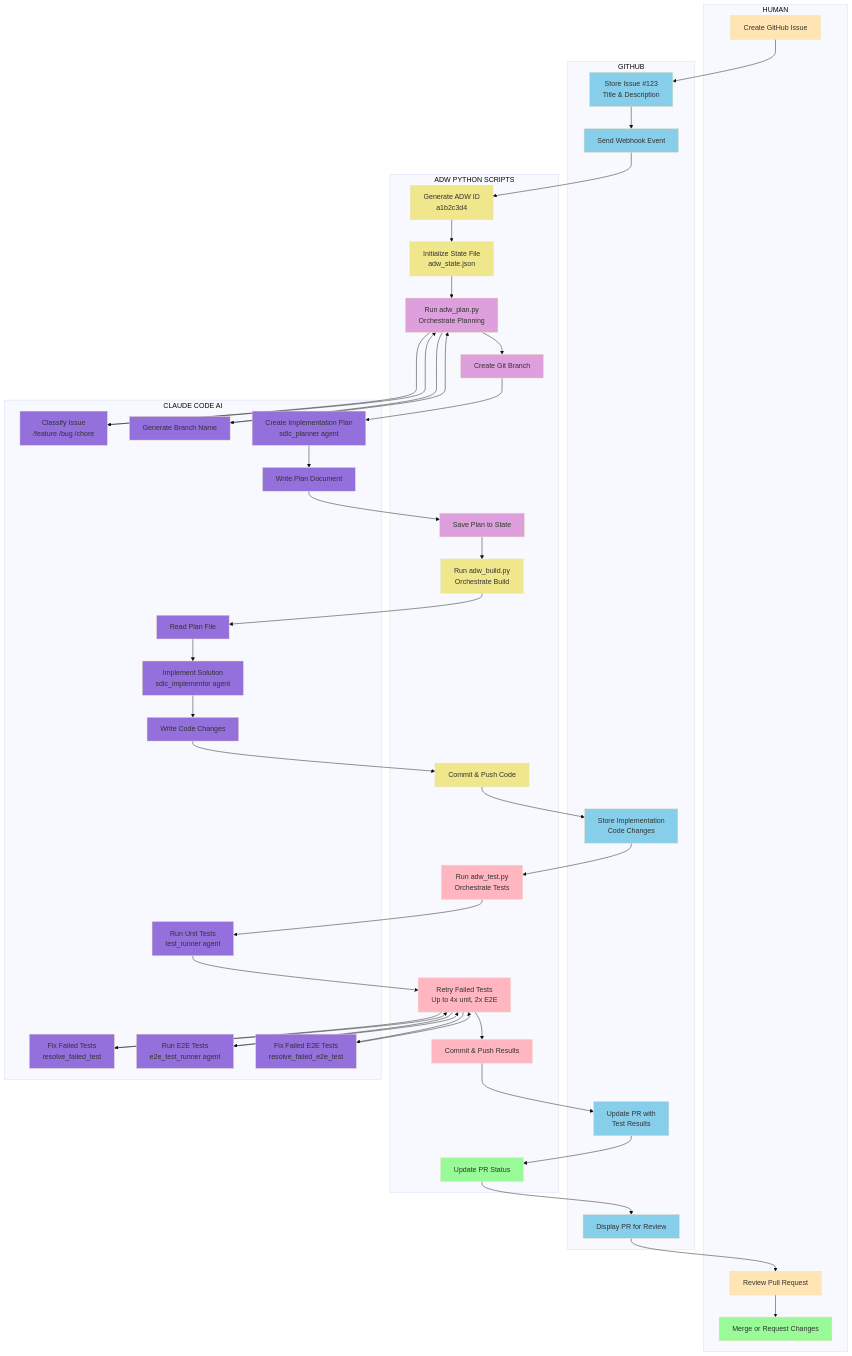
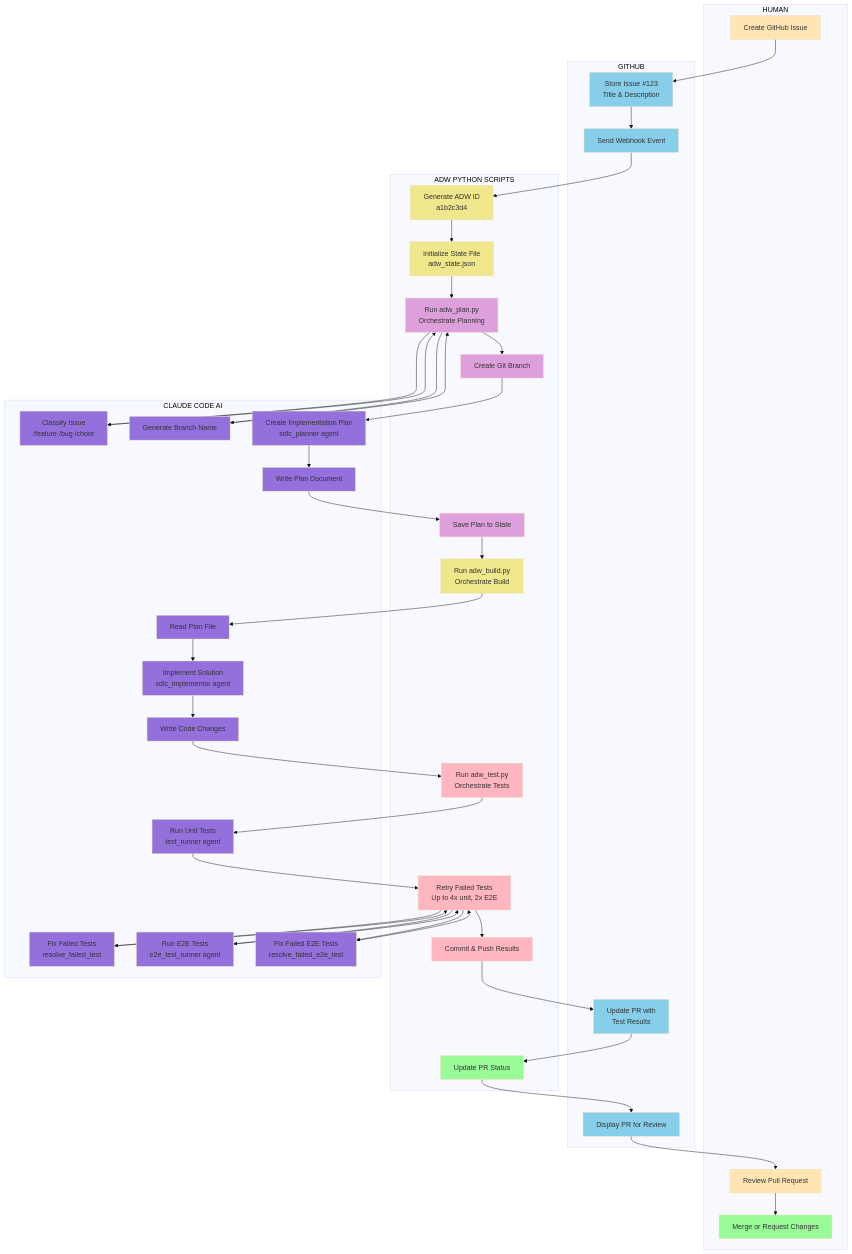
Before and after one commit to srirama7/tac-6: the first of 4 diagrams in adws/ADW_SIMPLE_FLOWCHART.md, drawn with Mermaid. The commit also changed 1 other file, not shown here.

Commit message:
docs: remove push code and store code implementation boxes
- Remove 'Push Code to Remote' box (GT6/A9) from both flowcharts
- Remove 'Store Code Implementation' box (G7) from both flowcharts
- Update connections to flow directly from Commit Code to Test phase
- Remove styling references for removed boxes

This streamlines the build phase by consolidating code commit/push
and GitHub storage into implicit operations within the build workflow.

🤖 Generated with [Claude Code](https://claude.com/claude-code)

```diff
--- a/adws/ADW_SIMPLE_FLOWCHART.md
+++ b/adws/ADW_SIMPLE_FLOWCHART.md
@@ -19,7 +19,6 @@
     subgraph GitHub[" GITHUB "]
         G1[Store Issue #123<br/>Title & Description]
         G2[Send Webhook Event]
-        G7[Store Implementation<br/>Code Changes]
         G8[Update PR with<br/>Test Results]
         G9[Display PR for Review]
     end
@@ -31,7 +30,6 @@
         A4[Create Git Branch]
         A5[Save Plan to State]
         A7[Run adw_build.py<br/>Orchestrate Build]
-        A9[Commit & Push Code]
         A10[Run adw_test.py<br/>Orchestrate Tests]
         A12[Retry Failed Tests<br/>Up to 4x unit, 2x E2E]
         A13[Commit & Push Results]
@@ -74,11 +72,9 @@
     A7 --> C5
     C5 --> C6
     C6 --> C7
-    C7 --> A9
-    A9 --> G7
+    C7 --> A10
 
     %% Phase 3: Testing
-    G7 --> A10
     A10 --> C8
     C8 --> A12
     A12 --> C9
@@ -102,7 +98,6 @@
 
     style G1 fill:#87CEEB
     style G2 fill:#87CEEB
-    style G7 fill:#87CEEB
     style G8 fill:#87CEEB
     style G9 fill:#87CEEB
 
@@ -112,7 +107,6 @@
     style A4 fill:#DDA0DD
     style A5 fill:#DDA0DD
     style A7 fill:#F0E68C
-    style A9 fill:#F0E68C
     style A10 fill:#FFB6C1
     style A12 fill:#FFB6C1
     style A13 fill:#FFB6C1
```
